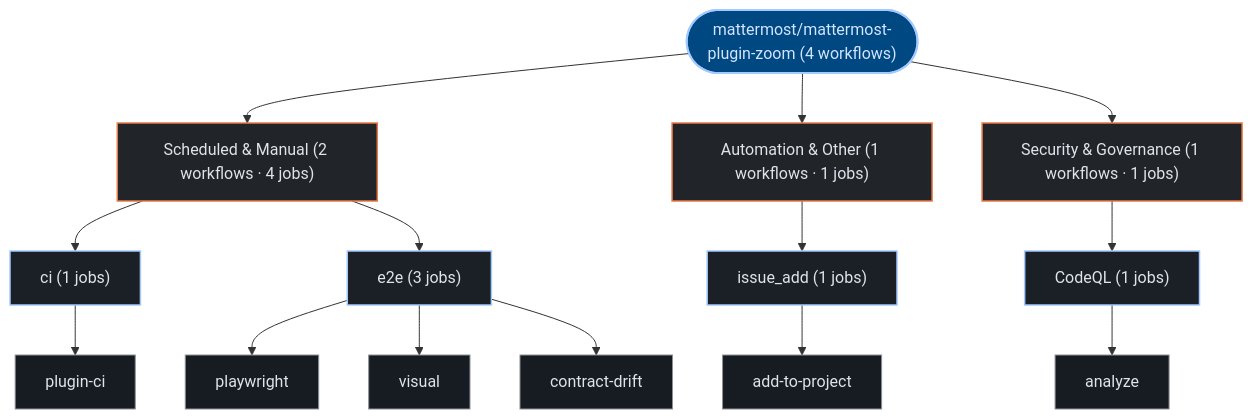
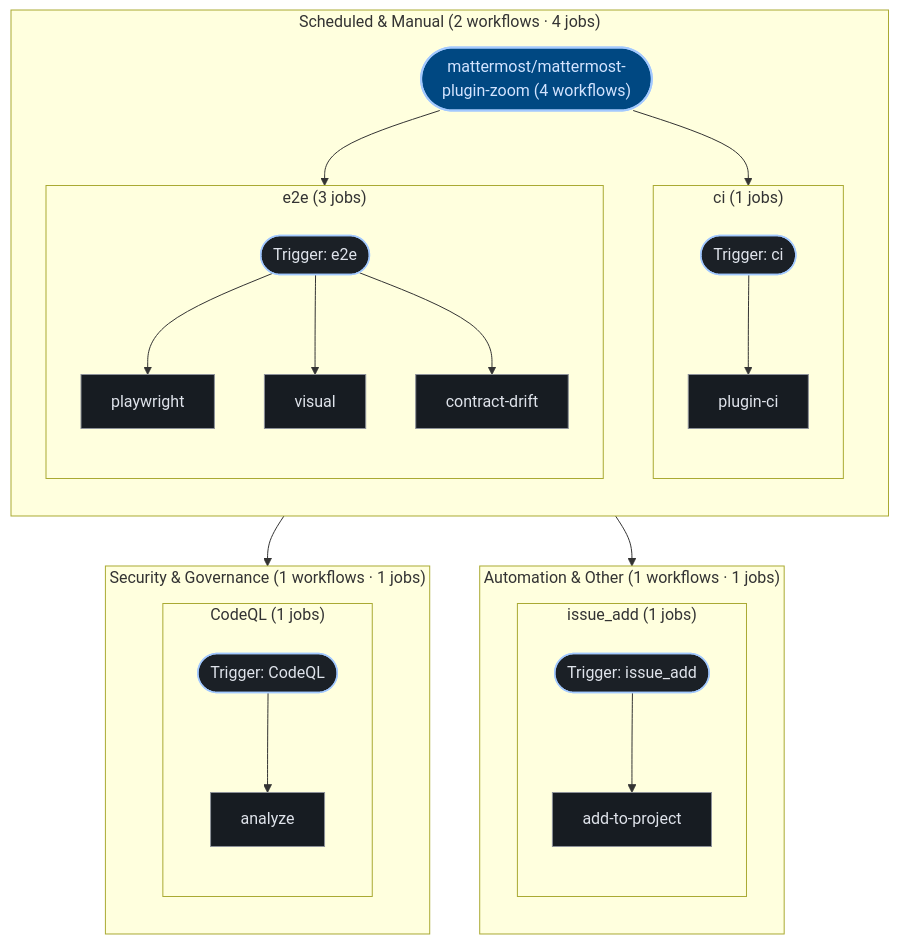
The third of 3 diagrams in exports/latest/reports/mattermost-mattermost-plugin-zoom-report.md (kumarshaz/atruss-code-atlas), drawn with Mermaid before and after one commit. The commit also changed 181 other files, not shown here.

````diff
--- a/exports/latest/reports/mattermost-mattermost-plugin-zoom-report.md
+++ b/exports/latest/reports/mattermost-mattermost-plugin-zoom-report.md
@@ -180,37 +180,52 @@
 ```mermaid
 graph TD;
   classDef atlasRoot fill:#004882,stroke:#a3c9ff,stroke-width:2px,color:#d3e4ff
   classDef atlasCategory fill:#212428,stroke:#E87A48,stroke-width:1.5px,color:#dfe3eb
   classDef atlasWorkflow fill:#1b2026,stroke:#a3c9ff,stroke-width:1.5px,color:#dfe3eb
   classDef atlasJob fill:#171c22,stroke:#8d9199,stroke-width:1px,color:#dfe3eb
   classDef atlasTarget fill:#005227,stroke:#8bd99b,stroke-width:1.5px,color:#a7f6b6
   classDef atlasAlert fill:#93000a,stroke:#ffb4ab,stroke-width:1.5px,color:#ffdad6
   classDef atlasMore fill:#252a31,stroke:#8d9199,stroke-dasharray:4 4,color:#c3c6cf
   pipeline_root(["mattermost/mattermost-plugin-zoom (4 workflows)"]):::atlasRoot
-  grp_0_Scheduled___Manual["Scheduled & Manual (2 workflows · 4 jobs)"]:::atlasCategory
-  pipeline_root --> grp_0_Scheduled___Manual
-  wf_0_ci["ci (1 jobs)"]:::atlasWorkflow
-  grp_0_Scheduled___Manual --> wf_0_ci
-  job_0_plugin_ci["plugin-ci"]:::atlasJob
-  wf_0_ci --> job_0_plugin_ci
-  wf_2_e2e["e2e (3 jobs)"]:::atlasWorkflow
-  grp_0_Scheduled___Manual --> wf_2_e2e
-  job_2_playwright["playwright"]:::atlasJob
-  job_2_visual["visual"]:::atlasJob
-  job_2_contract_drift["contract-drift"]:::atlasJob
-  wf_2_e2e --> job_2_playwright
-  wf_2_e2e --> job_2_visual
-  wf_2_e2e --> job_2_contract_drift
-  grp_1_Automation___Other["Automation & Other (1 workflows · 1 jobs)"]:::atlasCategory
-  pipeline_root --> grp_1_Automation___Other
-  wf_3_issue_add["issue_add (1 jobs)"]:::atlasWorkflow
-  grp_1_Automation___Other --> wf_3_issue_add
-  job_3_add_to_project["add-to-project"]:::atlasJob
-  wf_3_issue_add --> job_3_add_to_project
-  grp_2_Security___Governance["Security & Governance (1 workflows · 1 jobs)"]:::atlasCategory
-  pipeline_root --> grp_2_Security___Governance
-  wf_1_CodeQL["CodeQL (1 jobs)"]:::atlasWorkflow
-  grp_2_Security___Governance --> wf_1_CodeQL
-  job_1_analyze["analyze"]:::atlasJob
-  wf_1_CodeQL --> job_1_analyze
+  subgraph sg_grp_0_Scheduled___Manual["Scheduled & Manual (2 workflows · 4 jobs)"]
+    direction TB
+    subgraph sg_wf_0_ci["ci (1 jobs)"]
+      direction TB
+      wf_0_ci(["Trigger: ci"]):::atlasWorkflow
+      job_0_plugin_ci["plugin-ci"]:::atlasJob
+      wf_0_ci --> job_0_plugin_ci
+    end
+    pipeline_root --> wf_0_ci
+    subgraph sg_wf_2_e2e["e2e (3 jobs)"]
+      direction TB
+      wf_2_e2e(["Trigger: e2e"]):::atlasWorkflow
+      job_2_playwright["playwright"]:::atlasJob
+      job_2_visual["visual"]:::atlasJob
+      job_2_contract_drift["contract-drift"]:::atlasJob
+      wf_2_e2e --> job_2_playwright
+      wf_2_e2e --> job_2_visual
+      wf_2_e2e --> job_2_contract_drift
+    end
+    pipeline_root --> wf_2_e2e
+  end
+  subgraph sg_grp_1_Automation___Other["Automation & Other (1 workflows · 1 jobs)"]
+    direction TB
+    subgraph sg_wf_3_issue_add["issue_add (1 jobs)"]
+      direction TB
+      wf_3_issue_add(["Trigger: issue_add"]):::atlasWorkflow
+      job_3_add_to_project["add-to-project"]:::atlasJob
+      wf_3_issue_add --> job_3_add_to_project
+    end
+    pipeline_root --> wf_3_issue_add
+  end
+  subgraph sg_grp_2_Security___Governance["Security & Governance (1 workflows · 1 jobs)"]
+    direction TB
+    subgraph sg_wf_1_CodeQL["CodeQL (1 jobs)"]
+      direction TB
+      wf_1_CodeQL(["Trigger: CodeQL"]):::atlasWorkflow
+      job_1_analyze["analyze"]:::atlasJob
+      wf_1_CodeQL --> job_1_analyze
+    end
+    pipeline_root --> wf_1_CodeQL
+  end
 ```
````
